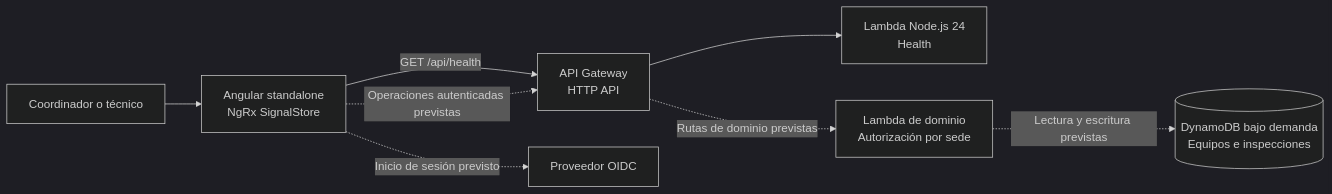
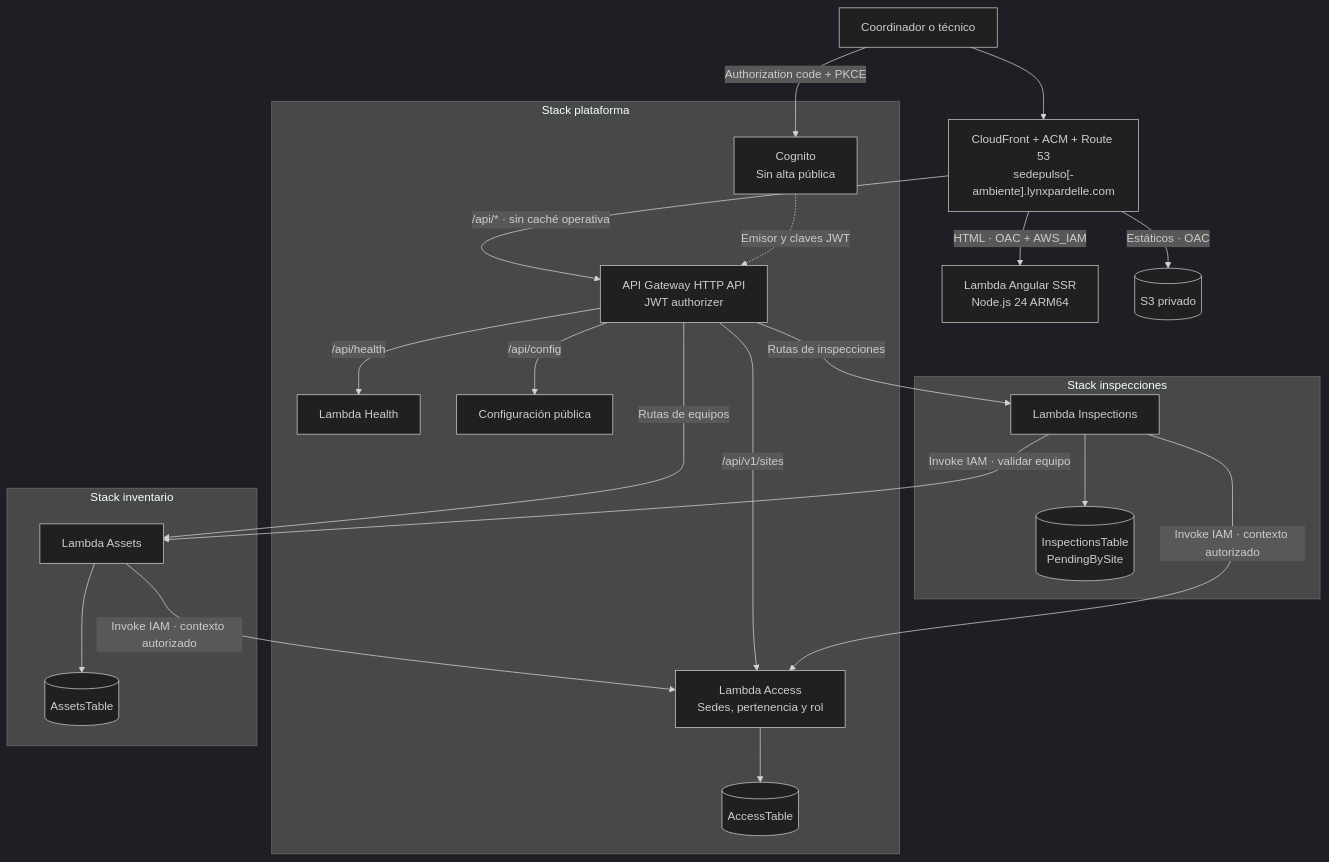
The diagram in docs/architecture/diagram.mmd (LynxPardelle/mantenimiento-por-sede), drawn with Mermaid (dark theme) before and after one commit. The commit also changed 64 other files, not shown here.

Commit message:
feat(sedepulso): implementar microservicios y Angular SSR

```diff
--- a/docs/architecture/diagram.mmd
+++ b/docs/architecture/diagram.mmd
@@ -1,8 +1,38 @@
-flowchart LR
-    Operator["Coordinador o técnico"] --> Web["Angular standalone<br/>NgRx SignalStore"]
-    Web -->|"GET /api/health"| Gateway["API Gateway<br/>HTTP API"]
-    Gateway --> Health["Lambda Node.js 24<br/>Health"]
-    Web -. "Inicio de sesión previsto" .-> OIDC["Proveedor OIDC"]
-    Web -. "Operaciones autenticadas previstas" .-> Gateway
-    Gateway -. "Rutas de dominio previstas" .-> Domain["Lambda de dominio<br/>Autorización por sede"]
-    Domain -. "Lectura y escritura previstas" .-> Data[("DynamoDB bajo demanda<br/>Equipos e inspecciones")]
+flowchart TB
+    Operator["Coordinador o técnico"] --> CDN["CloudFront + ACM + Route 53<br/>sedepulso[-ambiente].lynxpardelle.com"]
+    CDN -->|"HTML · OAC + AWS_IAM"| SSR["Lambda Angular SSR<br/>Node.js 24 ARM64"]
+    CDN -->|"Estáticos · OAC"| Static[("S3 privado")]
+    CDN -->|"/api/* · sin caché operativa"| Gateway["API Gateway HTTP API<br/>JWT authorizer"]
+    Operator -->|"Authorization code + PKCE"| Cognito["Cognito<br/>Sin alta pública"]
+    Cognito -. "Emisor y claves JWT" .-> Gateway
+
+    subgraph Platform["Stack plataforma"]
+        Gateway
+        Cognito
+        Access["Lambda Access<br/>Sedes, pertenencia y rol"]
+        AccessData[("AccessTable")]
+        Health["Lambda Health"]
+        Config["Configuración pública"]
+        Access --> AccessData
+    end
+
+    subgraph Inventory["Stack inventario"]
+        Assets["Lambda Assets"]
+        AssetsData[("AssetsTable")]
+        Assets --> AssetsData
+    end
+
+    subgraph Inspection["Stack inspecciones"]
+        Inspections["Lambda Inspections"]
+        InspectionsData[("InspectionsTable<br/>PendingBySite")]
+        Inspections --> InspectionsData
+    end
+
+    Gateway -->|"/api/health"| Health
+    Gateway -->|"/api/config"| Config
+    Gateway -->|"/api/v1/sites"| Access
+    Gateway -->|"Rutas de equipos"| Assets
+    Gateway -->|"Rutas de inspecciones"| Inspections
+    Assets -->|"Invoke IAM · contexto autorizado"| Access
+    Inspections -->|"Invoke IAM · contexto autorizado"| Access
+    Inspections -->|"Invoke IAM · validar equipo"| Assets
```
